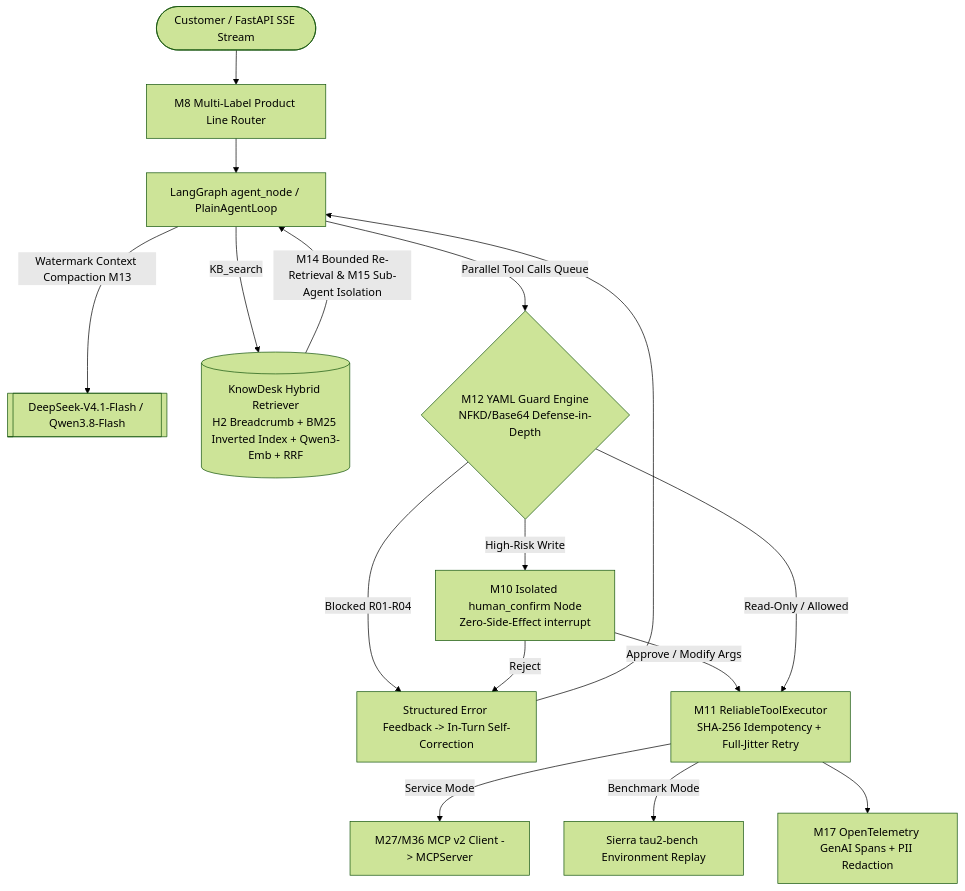
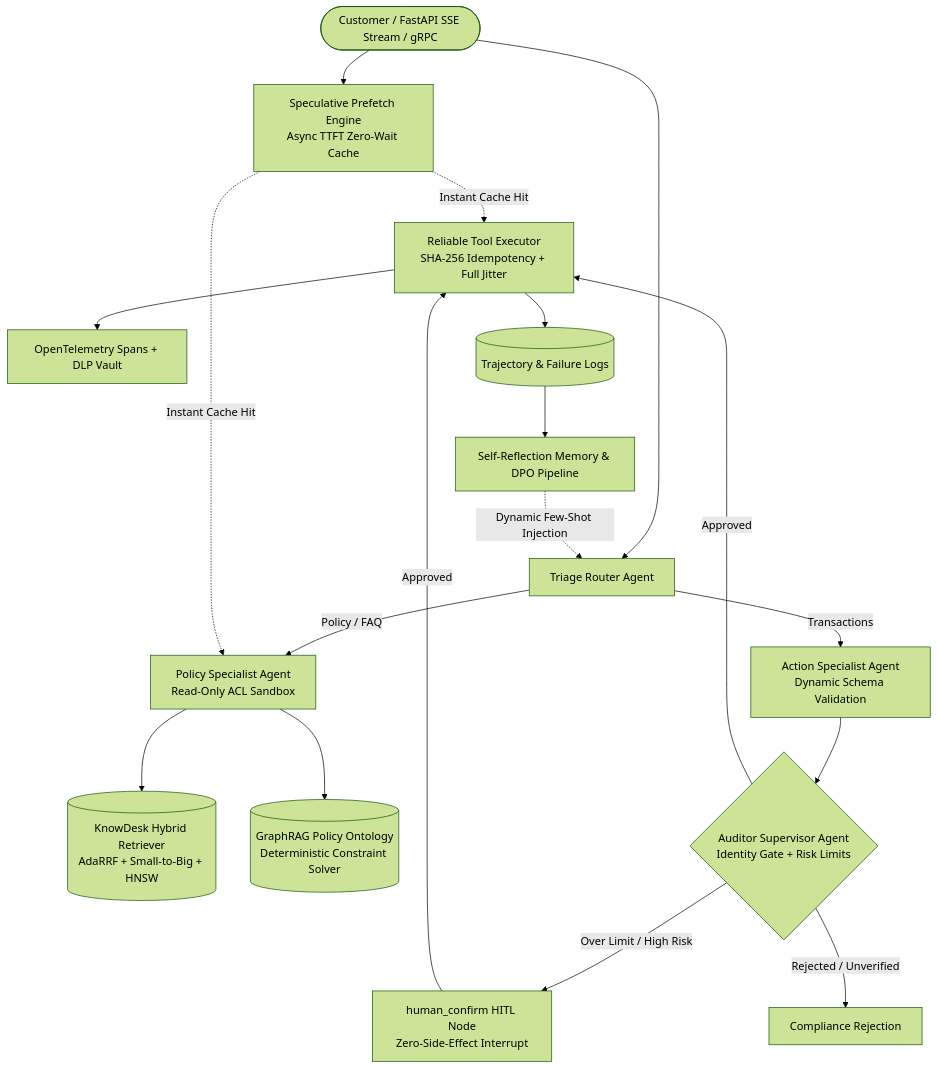
The diagram in README.md (Shelby1566/knowdesk), drawn with Mermaid (forest theme) before and after one commit. The commit also changed other lines of this file and 6 other files, not shown here.

Commit message:
feat(nextgen): add hierarchical multi-agent swarm, speculative prefetch, GraphRAG and reflection memory

````diff
--- a/README.md
+++ b/README.md
@@ -7,18 +7,25 @@
 ```mermaid
 flowchart TD
-    User([Customer / FastAPI SSE Stream]) --> Router[M8 Multi-Label Product Line Router]
-    Router --> AgentNode[LangGraph agent_node / PlainAgentLoop]
-    AgentNode -->|Watermark Context Compaction M13| LLM[[DeepSeek-V4.1-Flash / Qwen3.8-Flash]]
-    AgentNode -->|KB_search| Retriever[(KnowDesk Hybrid Retriever<br/>H2 Breadcrumb + BM25 Inverted Index + Qwen3-Emb + RRF)]
-    Retriever -->|M14 Bounded Re-Retrieval & M15 Sub-Agent Isolation| AgentNode
-    AgentNode -->|Parallel Tool Calls Queue| Guard{M12 YAML Guard Engine<br/>NFKD/Base64 Defense-in-Depth}
-    Guard -- Blocked R01-R04 --> SelfCorrect[Structured Error Feedback -> In-Turn Self-Correction]
-    SelfCorrect --> AgentNode
-    Guard -- High-Risk Write --> Confirm[M10 Isolated human_confirm Node<br/>Zero-Side-Effect interrupt]
-    Confirm -- Approve / Modify Args --> Exec[M11 ReliableToolExecutor<br/>SHA-256 Idempotency + Full-Jitter Retry]
-    Confirm -- Reject --> SelfCorrect
-    Guard -- Read-Only / Allowed --> Exec
-    Exec -->|Service Mode| MCP[M27/M36 MCP v2 Client -> MCPServer]
-    Exec -->|Benchmark Mode| TauEnv[Sierra tau2-bench Environment Replay]
-    Exec --> OTel[M17 OpenTelemetry GenAI Spans + PII Redaction]
+    User([Customer / FastAPI SSE Stream / gRPC]) --> Prefetch[Speculative Prefetch Engine<br/>Async TTFT Zero-Wait Cache]
+    User --> Triage[Triage Router Agent]
+    
+    Triage -->|Policy / FAQ| PolicyAgent[Policy Specialist Agent<br/>Read-Only ACL Sandbox]
+    Triage -->|Transactions| ActionAgent[Action Specialist Agent<br/>Dynamic Schema Validation]
+    
+    PolicyAgent --> Retriever[(KnowDesk Hybrid Retriever<br/>AdaRRF + Small-to-Big + HNSW)]
+    PolicyAgent --> GraphRAG[(GraphRAG Policy Ontology<br/>Deterministic Constraint Solver)]
+    
+    ActionAgent --> Auditor{Auditor Supervisor Agent<br/>Identity Gate + Risk Limits}
+    Auditor -- Over Limit / High Risk --> HITL[human_confirm HITL Node<br/>Zero-Side-Effect Interrupt]
+    Auditor -- Rejected / Unverified --> Blocked[Compliance Rejection]
+    Auditor -- Approved --> Exec[Reliable Tool Executor<br/>SHA-256 Idempotency + Full Jitter]
+    HITL -- Approved --> Exec
+    
+    Prefetch -.->|Instant Cache Hit| Exec
+    Prefetch -.->|Instant Cache Hit| PolicyAgent
+    
+    Exec --> OTel[OpenTelemetry Spans + DLP Vault]
+    Exec --> Trace[(Trajectory & Failure Logs)]
+    Trace --> Reflection[Self-Reflection Memory & DPO Pipeline]
+    Reflection -.->|Dynamic Few-Shot Injection| Triage
 ```
````
